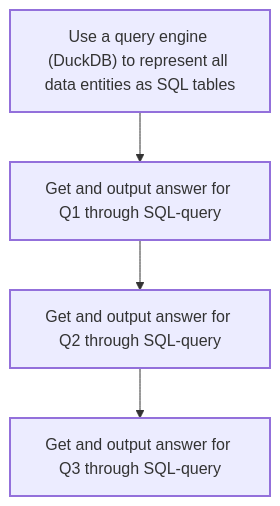
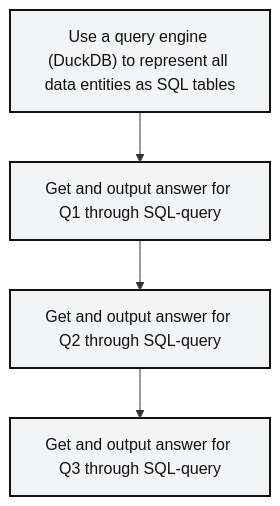
The second of 2 diagrams in README.md (fvyshkov/JupyterProjectTrain), drawn with Mermaid before and after one commit.

Commit message:
Update README: modify flowchart structure and styling for clarity

````diff
--- a/README.md
+++ b/README.md
@@ -47,11 +47,13 @@
 ```mermaid
-flowchart TB
-  classDef big stroke-width:2px;
+flowchart TD
+  classDef big fill:#f3f4f6,stroke:#111,stroke-width:2px,color:#111,font-size:16px;
 
   S1["Use a query engine (DuckDB) to represent all data entities as SQL tables"]:::big
   S2["Get and output answer for Q1 through SQL-query"]:::big
   S3["Get and output answer for Q2 through SQL-query"]:::big
   S4["Get and output answer for Q3 through SQL-query"]:::big
 
-  S1 --> S2 --> S3 --> S4
+  S1 --> S2
+  S2 --> S3
+  S3 --> S4
 ```
````
